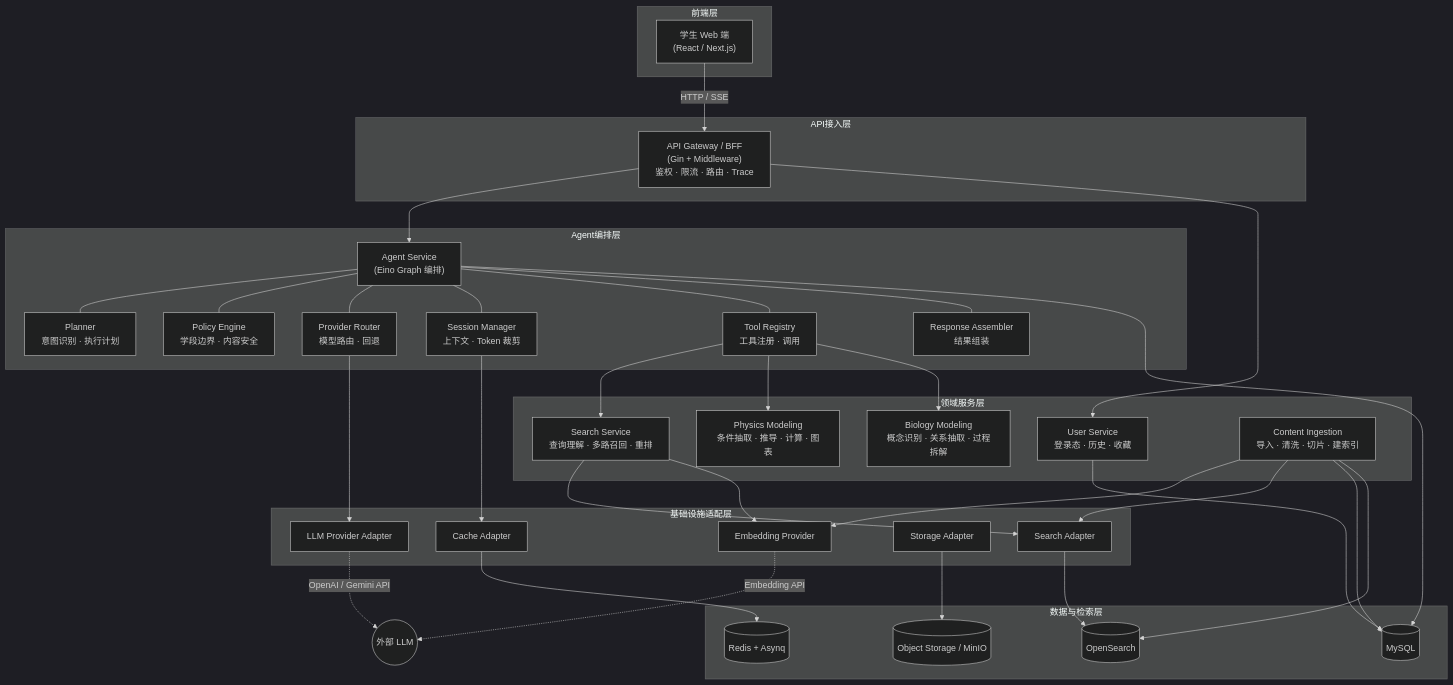
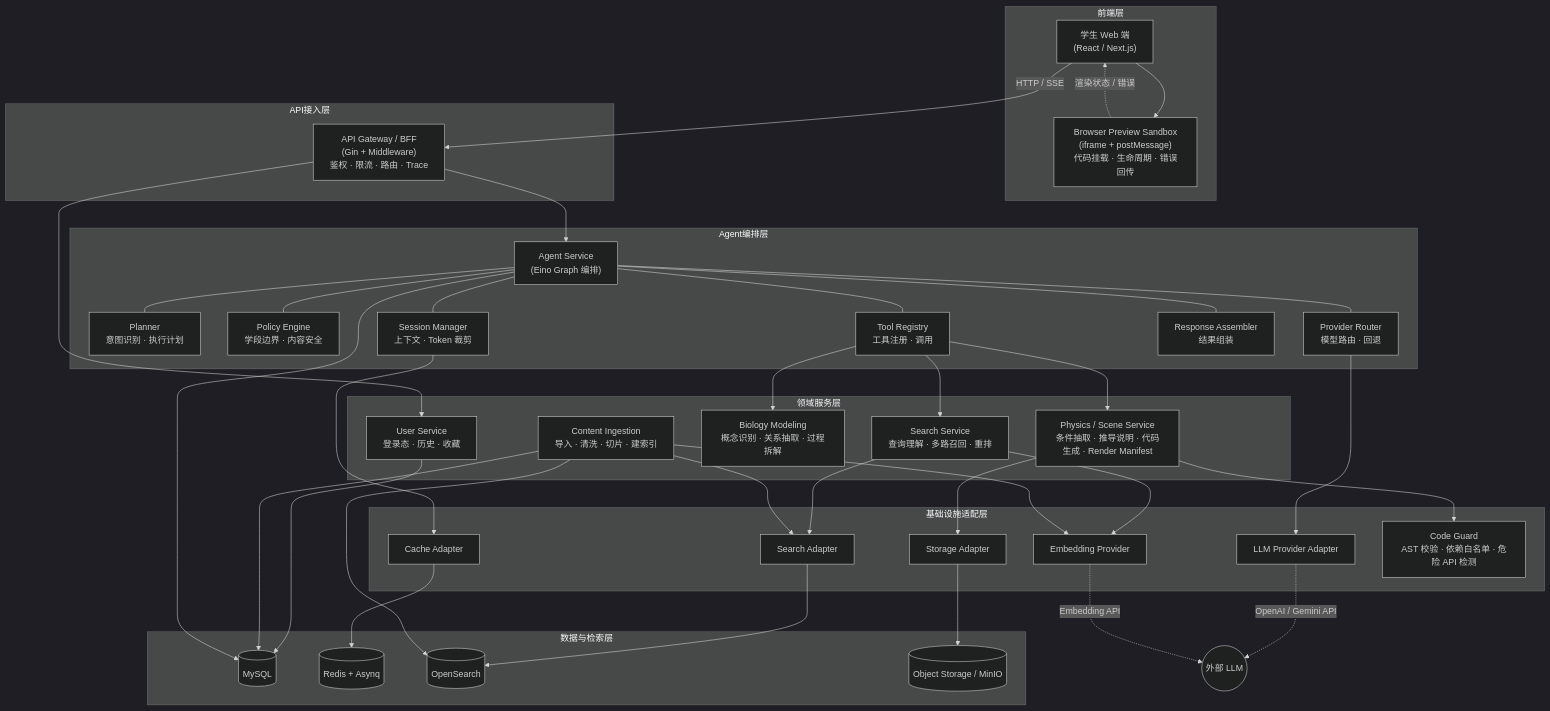
The first of 3 diagrams in docs/tech-solution.md (beihai0xff/snowy), drawn with Mermaid (dark theme) before and after one commit. The commit also changed other lines of this file and 79 other files, not shown here.

````diff
--- a/docs/tech-solution.md
+++ b/docs/tech-solution.md
@@ -212,76 +212,82 @@
 ```mermaid
 graph TB
     subgraph 前端层
         SnowyWeb["学生 Web 端<br/>(React / Next.js)"]
+        PreviewSandbox["Browser Preview Sandbox<br/>(iframe + postMessage)<br/>代码挂载 · 生命周期 · 错误回传"]
     end
 
     subgraph API接入层
         Gateway["API Gateway / BFF<br/>(Gin + Middleware)<br/>鉴权 · 限流 · 路由 · Trace"]
     end
 
     subgraph Agent编排层
         AgentService["Agent Service<br/>(Eino Graph 编排)"]
         Planner["Planner<br/>意图识别 · 执行计划"]
         PolicyEngine["Policy Engine<br/>学段边界 · 内容安全"]
         ProviderRouter["Provider Router<br/>模型路由 · 回退"]
         SessionMgr["Session Manager<br/>上下文 · Token 裁剪"]
         ToolRegistry["Tool Registry<br/>工具注册 · 调用"]
         Assembler["Response Assembler<br/>结果组装"]
 
         AgentService --- Planner
         AgentService --- PolicyEngine
         AgentService --- ProviderRouter
         AgentService --- SessionMgr
         AgentService --- ToolRegistry
         AgentService --- Assembler
     end
 
     subgraph 领域服务层
         SearchSvc["Search Service<br/>查询理解 · 多路召回 · 重排"]
-        PhysicsSvc["Physics Modeling<br/>条件抽取 · 推导 · 计算 · 图表"]
+        PhysicsSvc["Physics / Scene Service<br/>条件抽取 · 推导说明 · 代码生成 · Render Manifest"]
         BiologySvc["Biology Modeling<br/>概念识别 · 关系抽取 · 过程拆解"]
         UserSvc["User Service<br/>登录态 · 历史 · 收藏"]
         ContentSvc["Content Ingestion<br/>导入 · 清洗 · 切片 · 建索引"]
     end
 
     subgraph 基础设施适配层
         LLMAdapter["LLM Provider Adapter"]
         EmbAdapter["Embedding Provider"]
         SearchAdapter["Search Adapter"]
         StorageAdapter["Storage Adapter"]
         CacheAdapter["Cache Adapter"]
+        CodeGuard["Code Guard<br/>AST 校验 · 依赖白名单 · 危险 API 检测"]
     end
 
     subgraph 数据与检索层
         MySQL[(MySQL)]
         Redis[(Redis + Asynq)]
         OS[(OpenSearch)]
         ObjStore[(Object Storage / MinIO)]
     end
 
     SnowyWeb -->|"HTTP / SSE"| Gateway
+    SnowyWeb --> PreviewSandbox
+    PreviewSandbox -.->|"渲染状态 / 错误"| SnowyWeb
     Gateway --> AgentService
     Gateway --> UserSvc
 
     ToolRegistry --> SearchSvc
     ToolRegistry --> PhysicsSvc
     ToolRegistry --> BiologySvc
 
     ProviderRouter --> LLMAdapter
     SearchSvc --> SearchAdapter
     SearchSvc --> EmbAdapter
     ContentSvc --> EmbAdapter
     ContentSvc --> SearchAdapter
+    PhysicsSvc --> CodeGuard
+    PhysicsSvc --> StorageAdapter
 
     LLMAdapter -.->|"OpenAI / Gemini API"| ExtLLM((外部 LLM))
     EmbAdapter -.->|"Embedding API"| ExtLLM
     SearchAdapter --> OS
     StorageAdapter --> ObjStore
     CacheAdapter --> Redis
     SessionMgr --> CacheAdapter
 
     UserSvc --> MySQL
     ContentSvc --> MySQL
     ContentSvc --> OS
     AgentService --> MySQL
 ```
````
